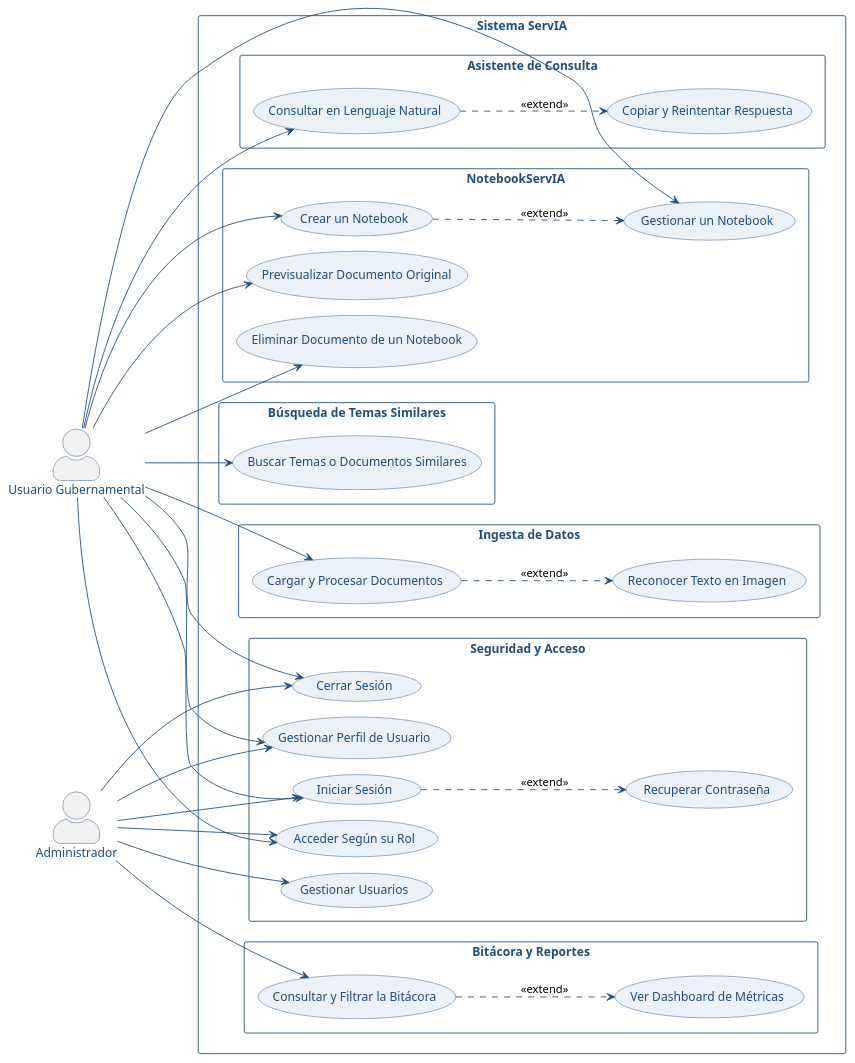
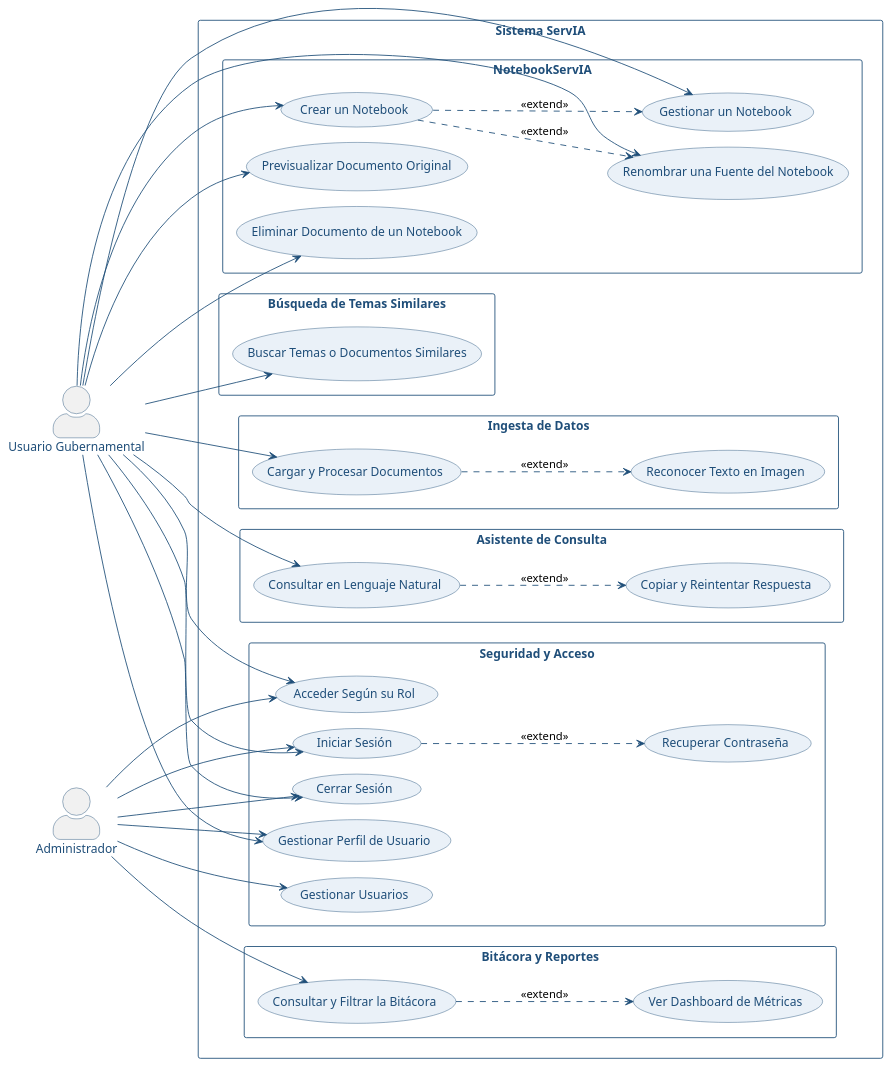
One commit to procmc/JusticIA changed the diagram in Documentacion/Documentacion_ServIA_2026/Diagramas/Casos_Uso/general_casos_uso.puml. Above: the diagram before and after it, drawn with PlantUML. The commit also changed 9 other files, not shown here.

First line of the commit message:
Actualizar la documentacion con las fuentes del notebook (spec 009b)

```diff
--- a/Documentacion/Documentacion_ServIA_2026/Diagramas/Casos_Uso/general_casos_uso.puml
+++ b/Documentacion/Documentacion_ServIA_2026/Diagramas/Casos_Uso/general_casos_uso.puml
@@ -1,80 +1,83 @@
 @startuml
 left to right direction
 
 skinparam backgroundColor white
 skinparam actorStyle awesome
 skinparam usecase {
   BackgroundColor #EAF1F8
   BorderColor #1F4E79
   FontColor #1F4E79
 }
 skinparam actor {
   BorderColor #1F4E79
   FontColor #1F4E79
 }
 skinparam rectangle {
   BorderColor #1F4E79
   FontColor #1F4E79
   FontStyle bold
 }
 skinparam ArrowColor #1F4E79
 skinparam packageStyle rectangle
 
 skinparam ranksep 90
 skinparam nodesep 18
 actor "Usuario Gubernamental" as UG
 actor "Administrador" as ADM
 rectangle "Sistema ServIA" {
   rectangle "Seguridad y Acceso" {
     usecase "Iniciar Sesión" as CU01
     usecase "Cerrar Sesión" as CU02
     usecase "Acceder Según su Rol" as CU03
     usecase "Recuperar Contraseña" as CU04
     usecase "Gestionar Usuarios" as CU05
     usecase "Gestionar Perfil de Usuario" as CU06
   }
   rectangle "Ingesta de Datos" {
     usecase "Cargar y Procesar Documentos" as CU07
     usecase "Reconocer Texto en Imagen" as CU08
   }
   rectangle "Asistente de Consulta" {
     usecase "Consultar en Lenguaje Natural" as CU09
     usecase "Copiar y Reintentar Respuesta" as CU10
   }
   rectangle "NotebookServIA" {
     usecase "Crear un Notebook" as CU11
     usecase "Previsualizar Documento Original" as CU12
     usecase "Eliminar Documento de un Notebook" as CU13
     usecase "Gestionar un Notebook" as CU17
+    usecase "Renombrar una Fuente del Notebook" as CU18
   }
   rectangle "Búsqueda de Temas Similares" {
     usecase "Buscar Temas o Documentos Similares" as CU14
   }
   rectangle "Bitácora y Reportes" {
     usecase "Consultar y Filtrar la Bitácora" as CU15
     usecase "Ver Dashboard de Métricas" as CU16
   }
 }
 UG --> CU01
 ADM --> CU01
 UG --> CU02
 ADM --> CU02
 UG --> CU03
 ADM --> CU03
 ADM --> CU05
 UG --> CU06
 ADM --> CU06
 UG --> CU07
 UG --> CU09
 UG --> CU11
 UG --> CU12
 UG --> CU13
 UG --> CU17
+UG --> CU18
 UG --> CU14
 ADM --> CU15
 CU01 ..> CU04 : <<extend>>
 CU07 ..> CU08 : <<extend>>
 CU09 ..> CU10 : <<extend>>
 CU11 ..> CU17 : <<extend>>
+CU11 ..> CU18 : <<extend>>
 CU15 ..> CU16 : <<extend>>
 @enduml
```
